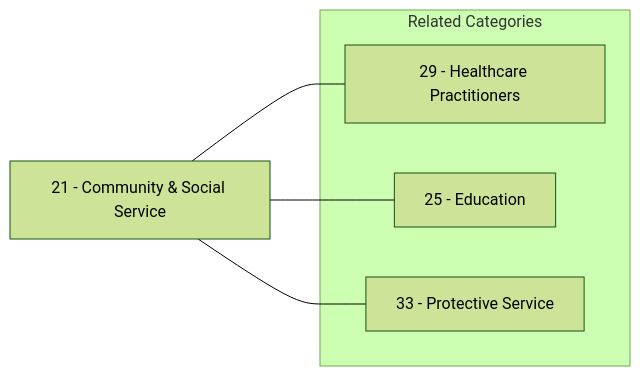
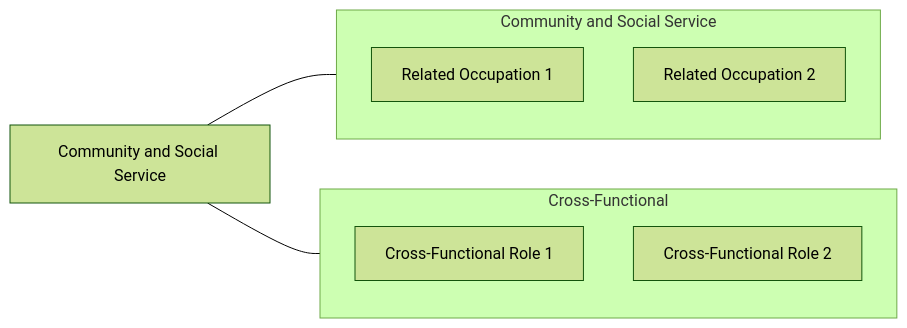
The fourth of 4 diagrams in occupations/SocialServices/index.mdx (kziemski/business.org.ai), drawn with Mermaid (forest theme) before and after one commit. The commit also changed other lines of this file and 938 other files, not shown here.

````diff
--- a/occupations/SocialServices/index.mdx
+++ b/occupations/SocialServices/index.mdx
@@ -90,14 +138,17 @@
 ```mermaid
 graph LR
-    CSS["21 - Community & Social Service"]
+    Current["Community and Social Service"]
 
-    subgraph Related["Related Categories"]
-        HC["29 - Healthcare Practitioners"]
-        ED["25 - Education"]
-        PS["33 - Protective Service"]
+    subgraph SameCategory["Community and Social Service"]
+        Related1["Related Occupation 1"]
+        Related2["Related Occupation 2"]
     end
 
-    CSS --- HC
-    CSS --- ED
-    CSS --- PS
+    subgraph CrossFunctional["Cross-Functional"]
+        CF1["Cross-Functional Role 1"]
+        CF2["Cross-Functional Role 2"]
+    end
+
+    Current --- SameCategory
+    Current --- CrossFunctional
 ```
````
